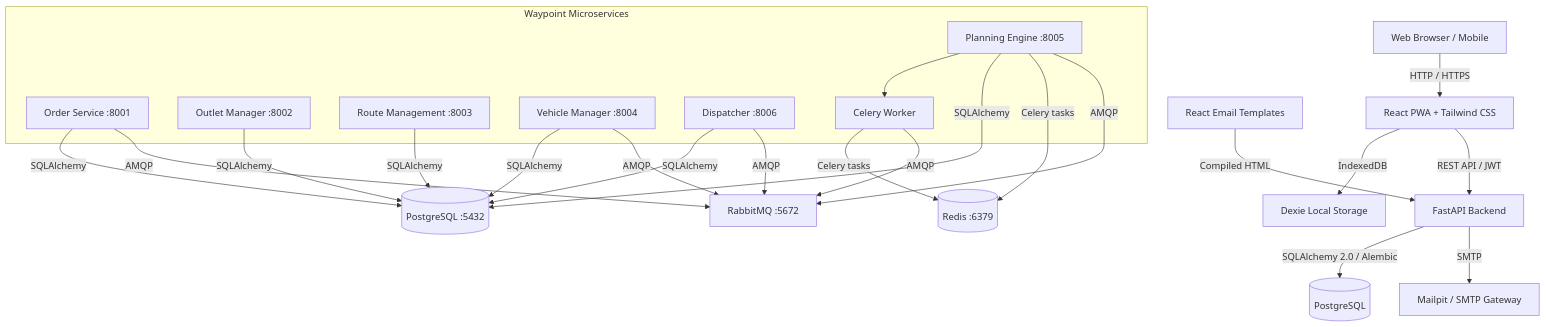
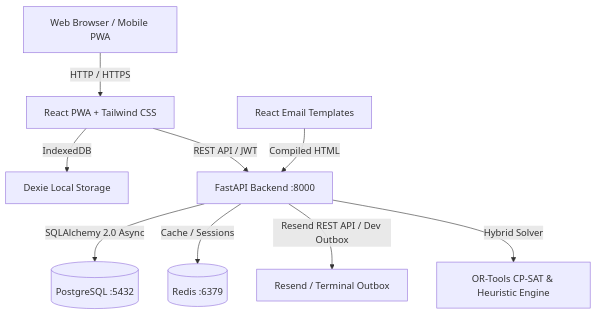
One commit to Curl-X-Tech/curlx_retrails changed the diagram in README.md. Above: the diagram before and after it, drawn with Mermaid. The commit also changed other lines of this file and 396 other files, not shown here.

````diff
--- a/README.md
+++ b/README.md
@@ -50,23 +57,11 @@
 ```mermaid
 graph TD
-    Client[Web Browser / Mobile] -->|HTTP / HTTPS| Frontend[React PWA + Tailwind CSS]
+    Client[Web Browser / Mobile PWA] -->|HTTP / HTTPS| Frontend[React PWA + Tailwind CSS]
     Frontend -->|IndexedDB| Dexie[Dexie Local Storage]
-    Frontend -->|REST API / JWT| Backend[FastAPI Backend]
-    Backend -->|SQLAlchemy 2.0 / Alembic| DB[(PostgreSQL)]
-    Backend -->|SMTP| Mailer[Mailpit / SMTP Gateway]
+    Frontend -->|REST API / JWT| Backend[FastAPI Backend :8000]
+    Backend -->|SQLAlchemy 2.0 Async| DB[(PostgreSQL :5432)]
+    Backend -->|Cache / Sessions| Redis[(Redis :6379)]
+    Backend -->|Resend REST API / Dev Outbox| EmailGateway[Resend / Terminal Outbox]
+    Backend -->|Hybrid Solver| ORTools[OR-Tools CP-SAT & Heuristic Engine]
     Emails[React Email Templates] -->|Compiled HTML| Backend
-
-    subgraph Waypoint Microservices
-        OrderSvc[Order Service :8001]
-        OutletSvc[Outlet Manager :8002]
-        RouteSvc[Route Management :8003]
-        VehicleSvc[Vehicle Manager :8004]
-        PlanningSvc[Planning Engine :8005]
-        DispatchSvc[Dispatcher :8006]
-        PlanningSvc --> CeleryWorker[Celery Worker]
-    end
-
-    OrderSvc & OutletSvc & RouteSvc & VehicleSvc & PlanningSvc & DispatchSvc -->|SQLAlchemy| PGDB[(PostgreSQL :5432)]
-    PlanningSvc & CeleryWorker -->|Celery tasks| Redis[(Redis :6379)]
-    OrderSvc & VehicleSvc & PlanningSvc & DispatchSvc & CeleryWorker -->|AMQP| RabbitMQ[RabbitMQ :5672]
 ```
````
